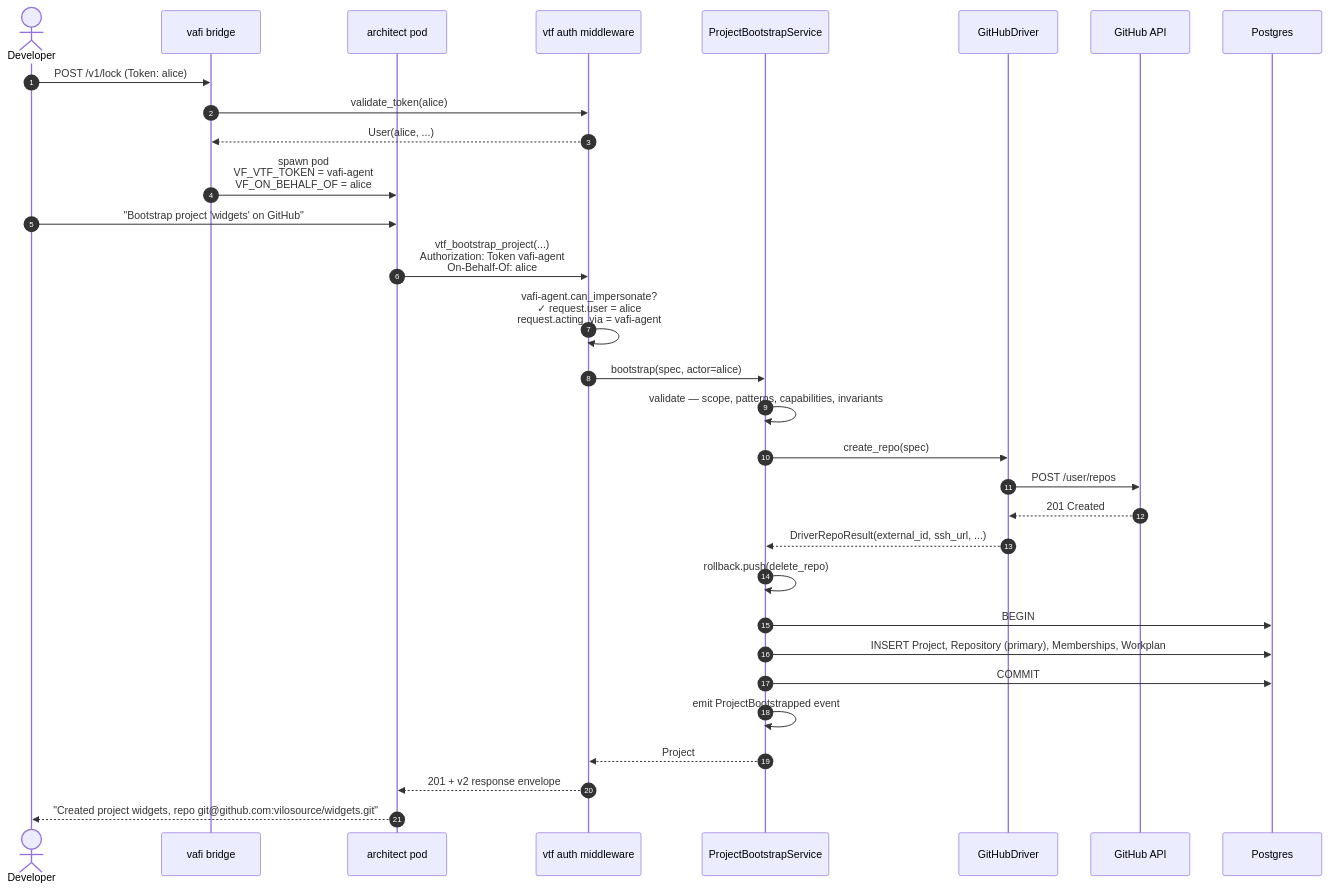
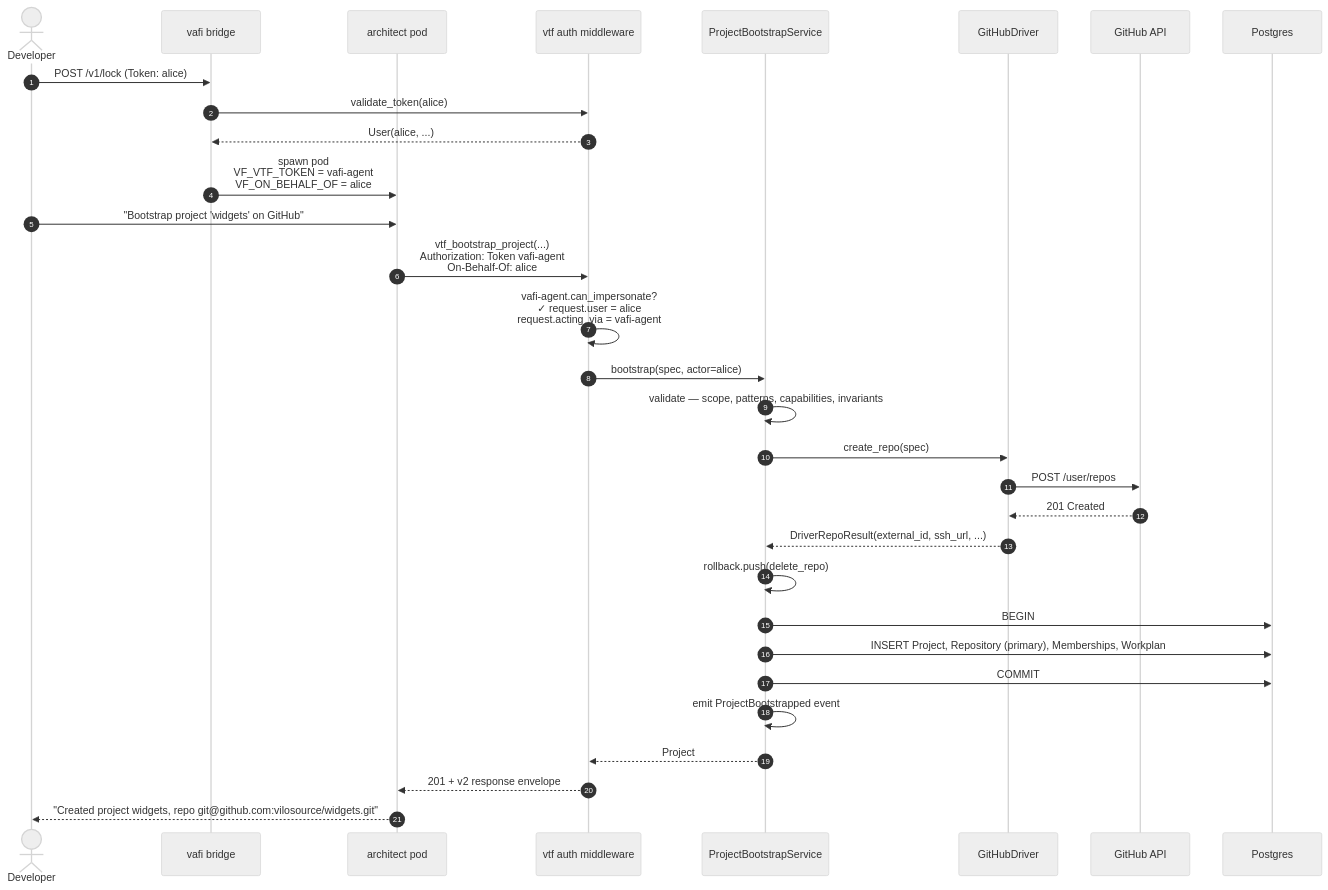
Before and after one commit to vilosource/vtaskforge: the fourth of 4 diagrams in docs/design/project-and-repository-model-DESIGN.md, drawn with Mermaid. The commit also changed other lines of this file, not shown here.

First line of the commit message:
docs: force white background on all Mermaid diagrams

````diff
--- a/docs/design/project-and-repository-model-DESIGN.md
+++ b/docs/design/project-and-repository-model-DESIGN.md
@@ -211,37 +214,38 @@
 ```mermaid
+%%{init: {'theme':'neutral'}}%%
 sequenceDiagram
     autonumber
     actor User as Developer
     participant Bridge as vafi bridge
     participant Pod as architect pod
     participant AuthMW as vtf auth middleware
     participant Service as ProjectBootstrapService
     participant Driver as GitHubDriver
     participant GitHost as GitHub API
     participant DB as Postgres
 
     User->>Bridge: POST /v1/lock (Token: alice)
     Bridge->>AuthMW: validate_token(alice)
     AuthMW-->>Bridge: User(alice, ...)
     Bridge->>Pod: spawn pod<br/>VF_VTF_TOKEN = vafi-agent<br/>VF_ON_BEHALF_OF = alice
 
     User->>Pod: "Bootstrap project 'widgets' on GitHub"
     Pod->>AuthMW: vtf_bootstrap_project(...)<br/>Authorization: Token vafi-agent<br/>On-Behalf-Of: alice
     AuthMW->>AuthMW: vafi-agent.can_impersonate?<br/>✓ request.user = alice<br/>request.acting_via = vafi-agent
     AuthMW->>Service: bootstrap(spec, actor=alice)
 
     Service->>Service: validate — scope, patterns, capabilities, invariants
     Service->>Driver: create_repo(spec)
     Driver->>GitHost: POST /user/repos
     GitHost-->>Driver: 201 Created
     Driver-->>Service: DriverRepoResult(external_id, ssh_url, ...)
     Service->>Service: rollback.push(delete_repo)
 
     Service->>DB: BEGIN
     Service->>DB: INSERT Project, Repository (primary), Memberships, Workplan
     Service->>DB: COMMIT
     Service->>Service: emit ProjectBootstrapped event
     Service-->>AuthMW: Project
     AuthMW-->>Pod: 201 + v2 response envelope
     Pod-->>User: "Created project widgets, repo git@github.com:vilosource/widgets.git"
 ```
````
